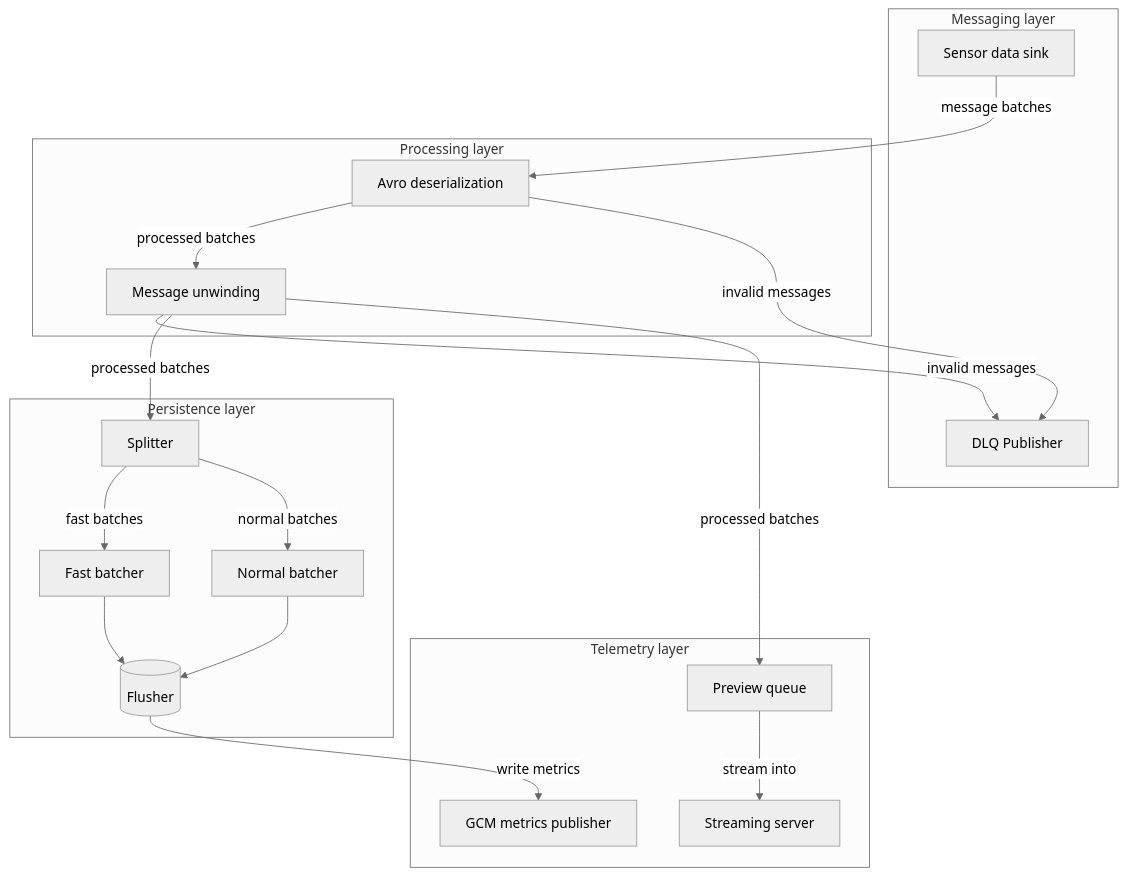
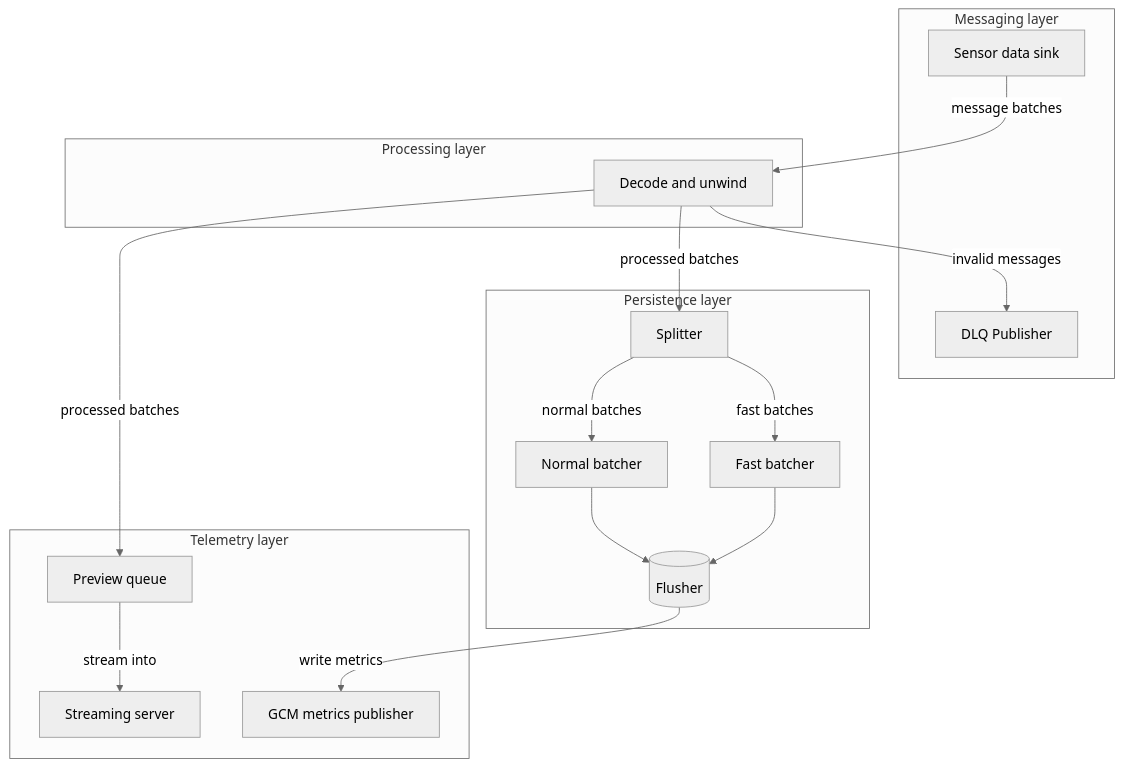
Before and after one commit to ChronoRacer/chronoracer: the first of 3 diagrams in docs/component-core.md, drawn with Mermaid (neutral theme). The commit also changed other lines of this file and 75 other files, not shown here.

````diff
--- a/docs/component-core.md
+++ b/docs/component-core.md
@@ -180,39 +304,36 @@
 ```mermaid
 flowchart TB
     subgraph kafka["Messaging layer"]
         dataSink["Sensor data sink"]
         dlqPublisher["DLQ Publisher"]
 
     end
 
     subgraph process["Processing layer"]
-        extract["Avro deserialization"]
-        unwind["Message unwinding"]
+        decode["Decode and unwind"]
     end
 
     subgraph persistence["Persistence layer"]
         splitter["Splitter"]
         batcherFast["Fast batcher"]
         batcherNormal["Normal batcher"]
         flusher[("Flusher")]
     end
     
     subgraph telemetry["Telemetry layer"]
         tel_queue["Preview queue"]
         tel_stream["Streaming server"]
         metrics["GCM metrics publisher"]
     end
 
-    dataSink -->|message batches| extract
-    extract -->|processed batches| unwind
-    extract --> |invalid messages| dlqPublisher
-    unwind --> |invalid messages| dlqPublisher
-    unwind -->|processed batches| splitter
-    unwind -->|processed batches| tel_queue
+    dataSink -->|message batches| decode
+    decode --> |invalid messages| dlqPublisher
+    decode -->|processed batches| splitter
+    decode -->|processed batches| tel_queue
     tel_queue --> |stream into| tel_stream
     splitter -->|fast batches| batcherFast
     splitter -->|normal batches| batcherNormal
     batcherFast --> flusher
     batcherNormal --> flusher
     flusher -->|write metrics|metrics
 ```
````
